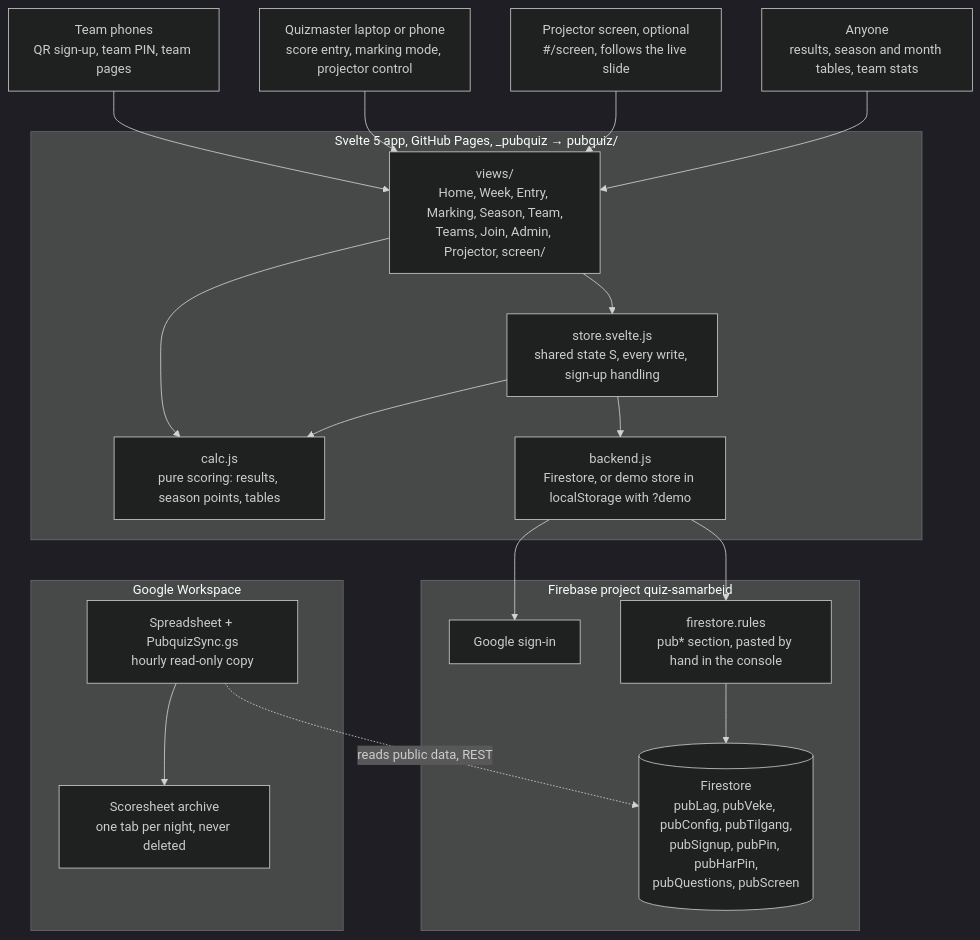
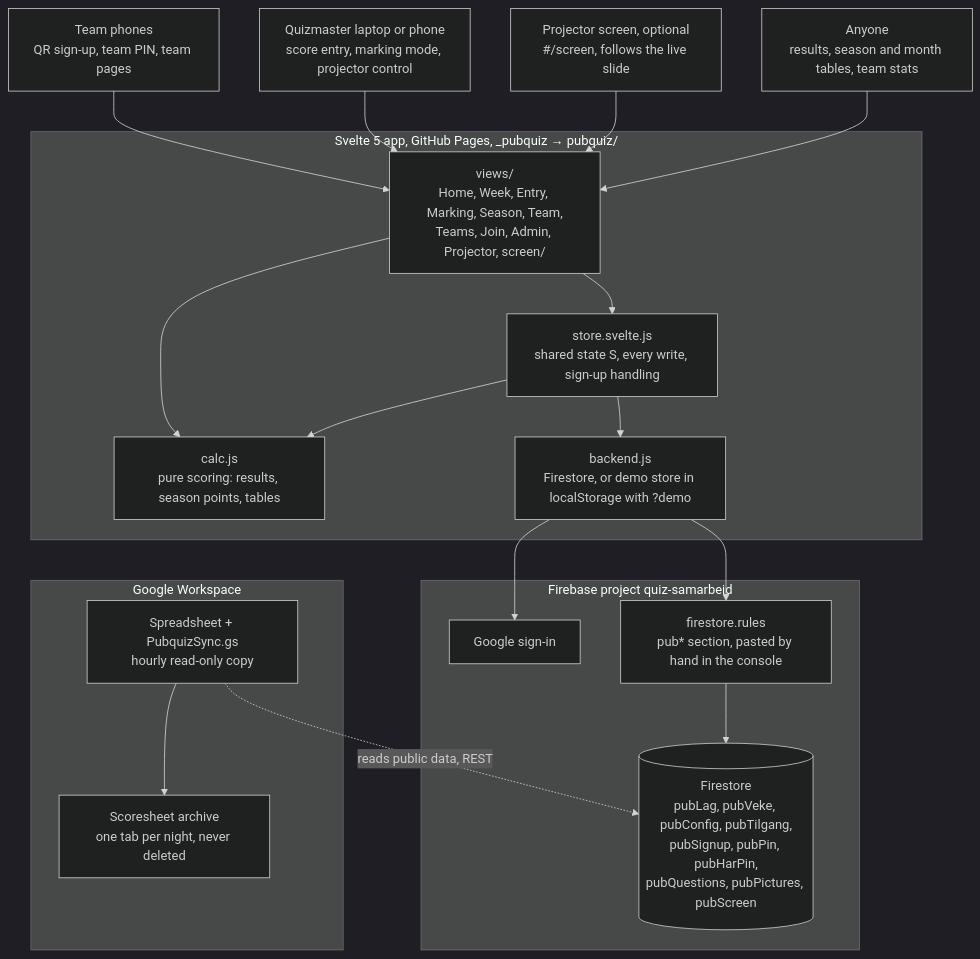
The first of 3 diagrams in _pubquiz/gist/pubquiz-overview.md (Mortey12/Mortey12.github.io), drawn with Mermaid (dark theme) before and after one commit. The commit also changed other lines of this file and 21 other files, not shown here.

Commit message:
Pub quiz: rounds with themes and an editable default, print sheets with sponsors, Norwegian/English questions, picture upload

````diff
--- a/_pubquiz/gist/pubquiz-overview.md
+++ b/_pubquiz/gist/pubquiz-overview.md
@@ -7,39 +7,39 @@
 ```mermaid
 flowchart TB
     phone["Team phones<br/>QR sign-up, team PIN, team pages"]
     laptop["Quizmaster laptop or phone<br/>score entry, marking mode, projector control"]
     screen["Projector screen, optional<br/>#/screen, follows the live slide"]
     public["Anyone<br/>results, season and month tables, team stats"]
 
     subgraph app["Svelte 5 app, GitHub Pages, _pubquiz → pubquiz/"]
         views["views/<br/>Home, Week, Entry, Marking, Season, Team,<br/>Teams, Join, Admin, Projector, screen/"]
         store["store.svelte.js<br/>shared state S, every write, sign-up handling"]
         calc["calc.js<br/>pure scoring: results, season points, tables"]
         backend["backend.js<br/>Firestore, or demo store in localStorage with ?demo"]
     end
 
     subgraph firebase["Firebase project quiz-samarbeid"]
         auth["Google sign-in"]
         rules["firestore.rules<br/>pub* section, pasted by hand in the console"]
-        db[("Firestore<br/>pubLag, pubVeke, pubConfig, pubTilgang,<br/>pubSignup, pubPin, pubHarPin,<br/>pubQuestions, pubScreen")]
+        db[("Firestore<br/>pubLag, pubVeke, pubConfig, pubTilgang,<br/>pubSignup, pubPin, pubHarPin,<br/>pubQuestions, pubPictures, pubScreen")]
     end
 
     subgraph google["Google Workspace"]
         sheet["Spreadsheet + PubquizSync.gs<br/>hourly read-only copy"]
         archive["Scoresheet archive<br/>one tab per night, never deleted"]
     end
 
     phone --> views
     laptop --> views
     screen --> views
     public --> views
     views --> store
     views --> calc
     store --> calc
     store --> backend
     backend --> auth
     backend --> rules
     rules --> db
     sheet -.->|reads public data, REST| db
     sheet --> archive
 ```
````
